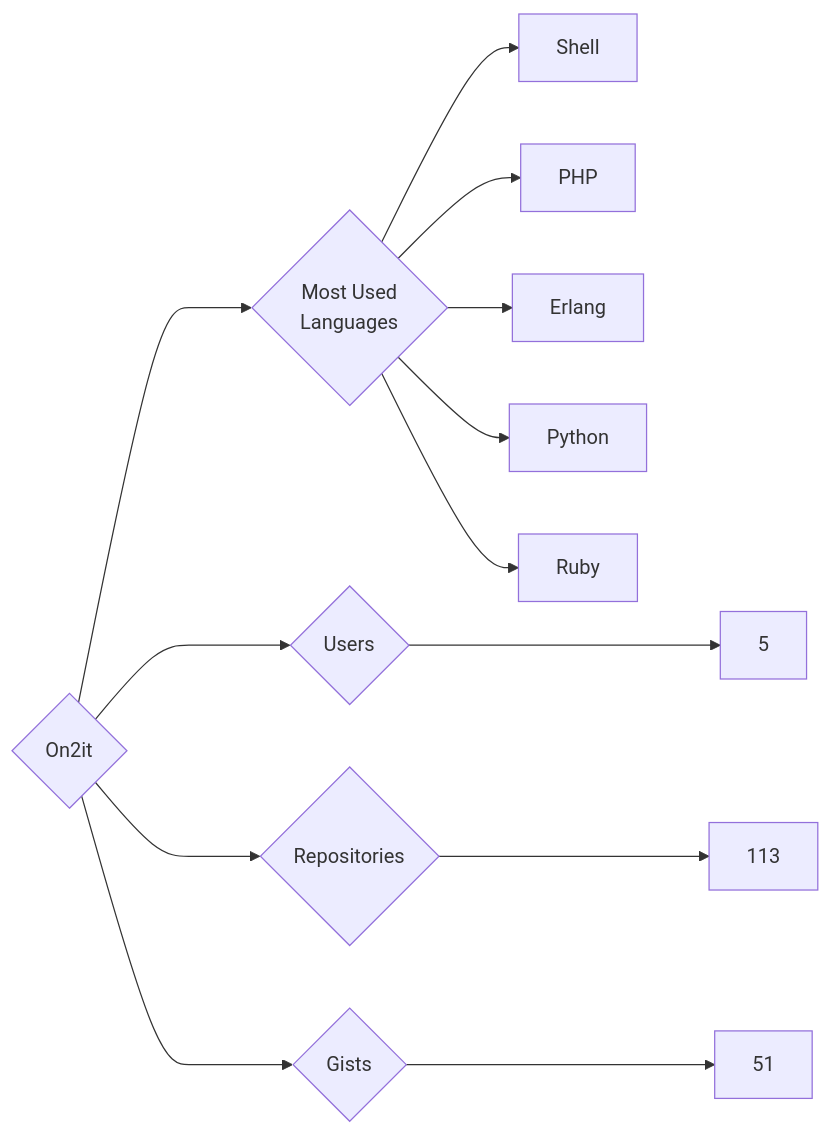
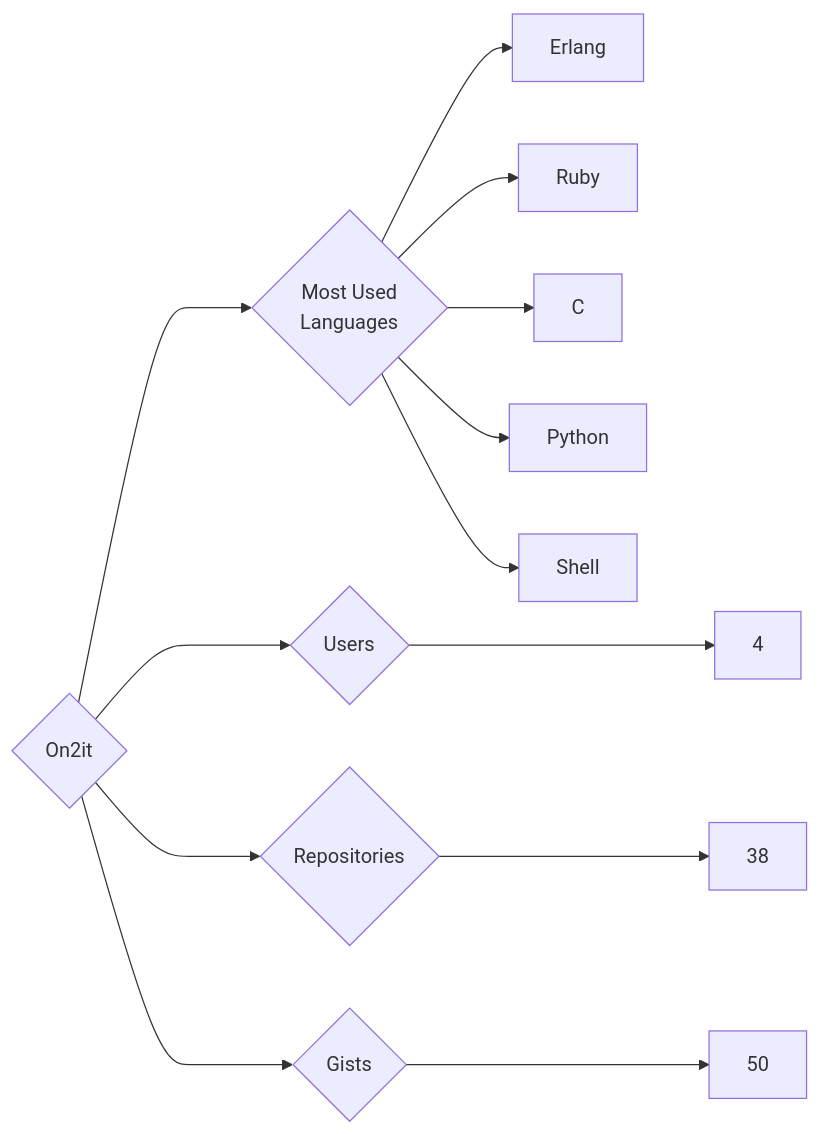
The diagram in targets/On2it/README.md (trickest/insiders), drawn with Mermaid before and after one commit. The commit also changed 815 other files, not shown here.

````diff
--- a/targets/On2it/README.md
+++ b/targets/On2it/README.md
@@ -3,13 +3,13 @@
 ```mermaid
 graph LR
 COMPANY_NAME{On2it}
-COMPANY_NAME ---> U{Users} ---> UN[5]
-COMPANY_NAME ---> R{Repositories} ---> RN[113]
-COMPANY_NAME ---> G{Gists} ---> GN[51]
+COMPANY_NAME ---> U{Users} ---> UN[4]
+COMPANY_NAME ---> R{Repositories} ---> RN[38]
+COMPANY_NAME ---> G{Gists} ---> GN[50]
 COMPANY_NAME ---> ML{Most Used<br>Languages}
+ML --> Erlang[Erlang]
+ML --> Ruby[Ruby]
+ML --> C[C]
+ML --> Python[Python]
 ML --> Shell[Shell]
-ML --> PHP[PHP]
-ML --> Erlang[Erlang]
-ML --> Python[Python]
-ML --> Ruby[Ruby]
 ```
````
